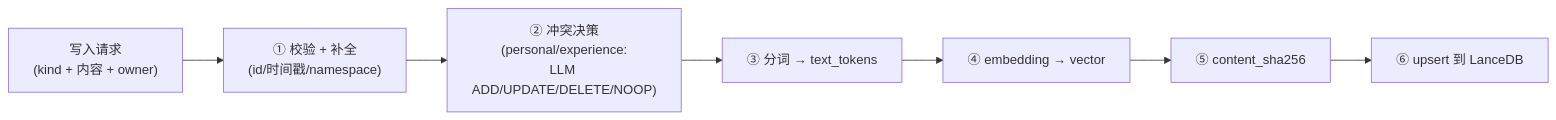
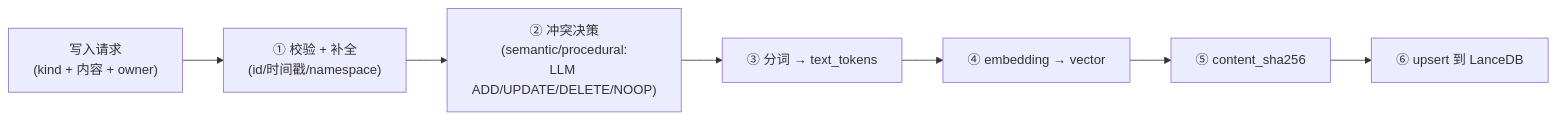
Before and after one commit to Kairos0922/kairos-agent-infra: the second of 2 diagrams in docs/modules/memory/memory-types.md, drawn with Mermaid. The commit also changed other lines of this file and 16 other files, not shown here.

````diff
--- a/docs/modules/memory/memory-types.md
+++ b/docs/modules/memory/memory-types.md
@@ -318,11 +360,11 @@
 ```mermaid
 flowchart LR
     IN["写入请求<br/>(kind + 内容 + owner)"]
     V["① 校验 + 补全<br/>(id/时间戳/namespace)"]
-    DEDUP["② 冲突决策<br/>(personal/experience:<br/>LLM ADD/UPDATE/DELETE/NOOP)"]
+    DEDUP["② 冲突决策<br/>(semantic/procedural:<br/>LLM ADD/UPDATE/DELETE/NOOP)"]
     TOK["③ 分词 → text_tokens"]
     EMB["④ embedding → vector"]
     HASH["⑤ content_sha256"]
     UP["⑥ upsert 到 LanceDB"]
     IN --> V --> DEDUP --> TOK --> EMB --> HASH --> UP
 ```
````
